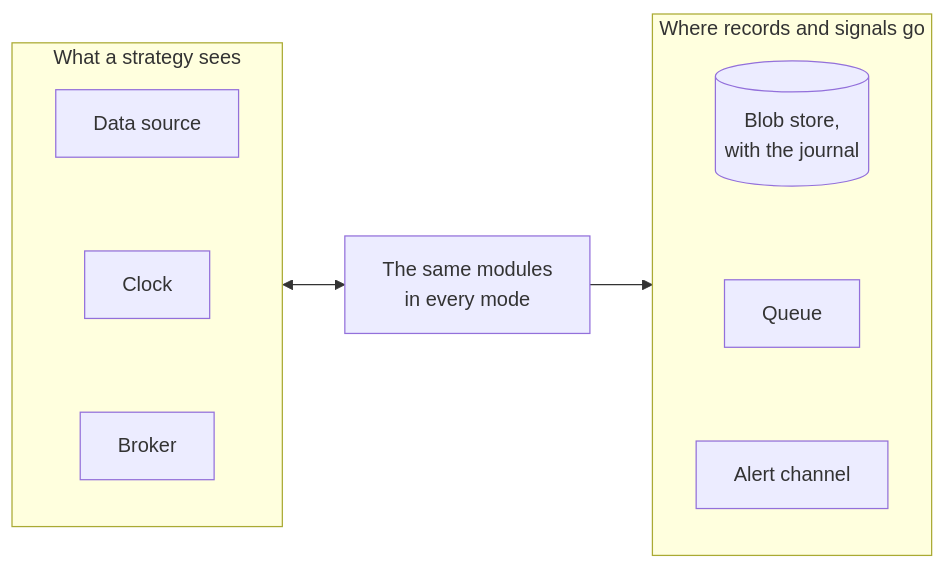
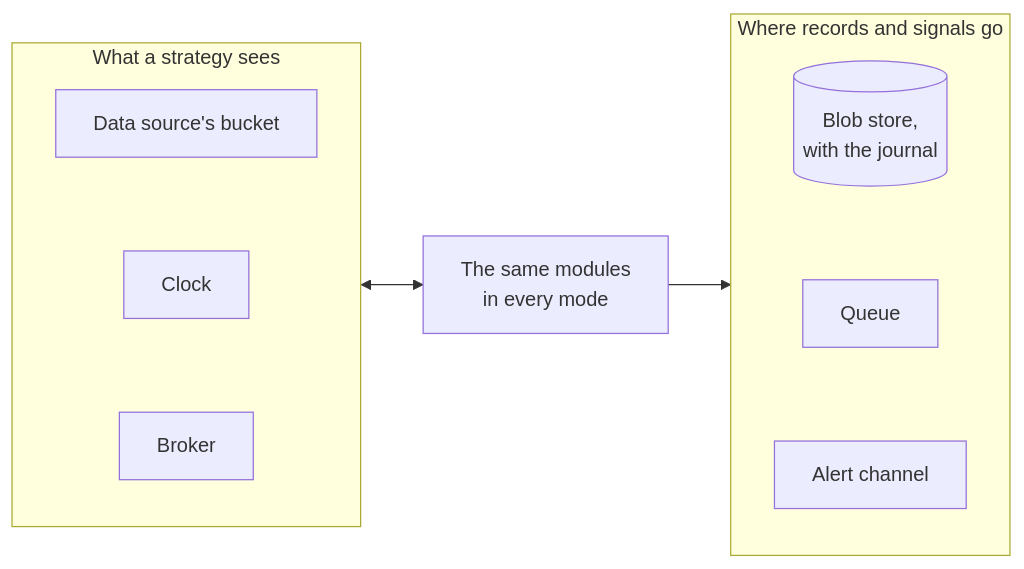
Before and after one commit to l3a0/ithildin-runtime: the second of 7 diagrams in docs/architecture/05-building-blocks.md, drawn with Mermaid. The commit also changed other lines of this file and 16 other files, not shown here.

````diff
--- a/docs/architecture/05-building-blocks.md
+++ b/docs/architecture/05-building-blocks.md
@@ -184,14 +184,14 @@
 ```mermaid
 flowchart LR
     subgraph sees["What a strategy sees"]
         direction TB
-        data["Data source"] ~~~ clock["Clock"] ~~~ broker["Broker"]
+        data["Data source's bucket"] ~~~ clock["Clock"] ~~~ broker["Broker"]
     end
     modules["The same modules<br/>in every mode"]
     subgraph goes["Where records and signals go"]
         direction TB
         blob[("Blob store,<br/>with the journal")] ~~~ queue["Queue"] ~~~ alert["Alert channel"]
     end
     sees <--> modules
     modules --> goes
 ```
````
